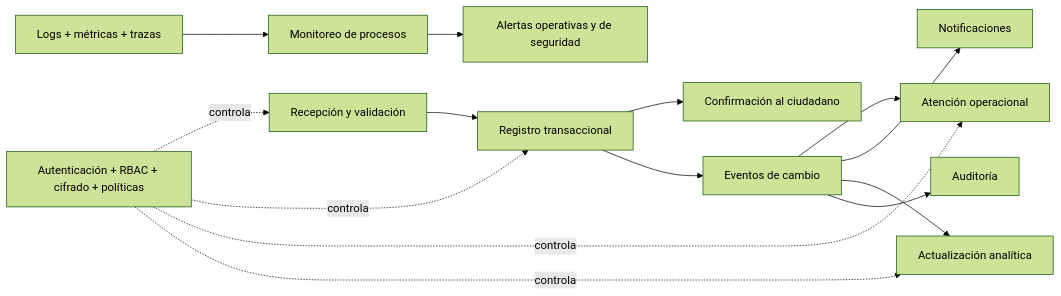
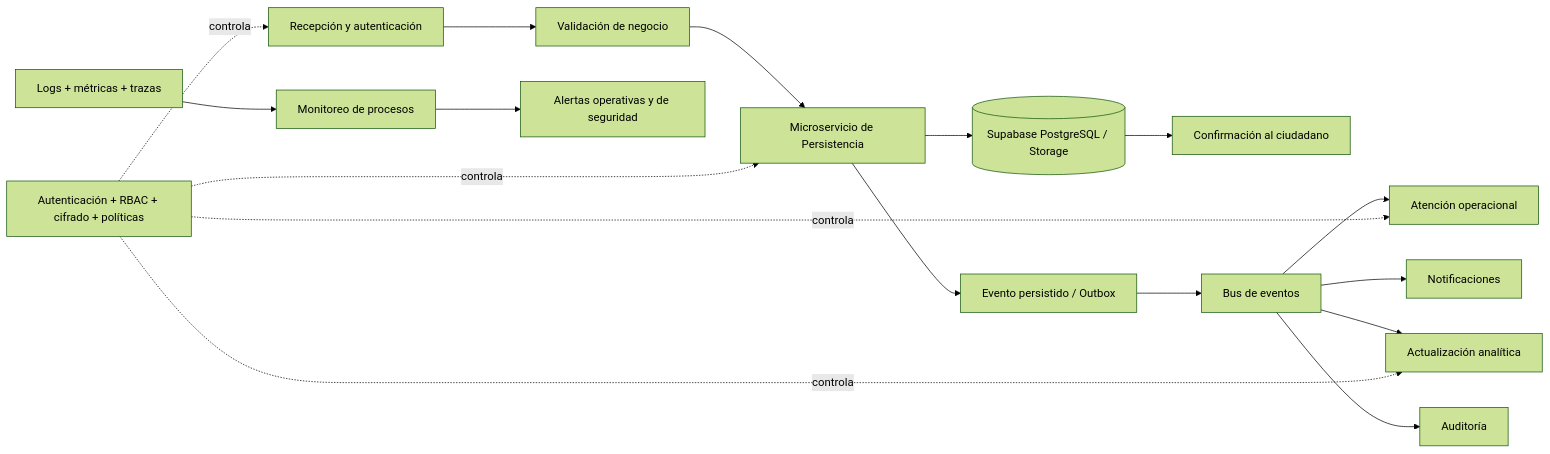
One commit to GabrielJaramilloCuberos/Arquitectura-de-Software changed the fifth of 6 diagrams in Proyecto - SERVI_RED/Entrega 1 - Documentacion/SAD_SERVI_RED.md. Above: the diagram before and after it, drawn with Mermaid (forest theme). The commit also changed other lines of this file and 12 other files, not shown here.

Commit message:
cambios en diagramas

````diff
--- a/Proyecto - SERVI_RED/Entrega 1 - Documentacion/SAD_SERVI_RED.md
+++ b/Proyecto - SERVI_RED/Entrega 1 - Documentacion/SAD_SERVI_RED.md
@@ -492,18 +516,21 @@
 ```mermaid
 flowchart LR
-    entrada[Recepción y validación] --> registro[Registro transaccional]
-    registro --> confirmacion[Confirmación al ciudadano]
-    registro --> eventos[Eventos de cambio]
+    entrada[Recepción y autenticación] --> validacion[Validación de negocio]
+    validacion --> persistencia[Microservicio de Persistencia]
+    persistencia --> supabase[(Supabase PostgreSQL / Storage)]
+    supabase --> confirmacion[Confirmación al ciudadano]
+    persistencia --> outbox[Evento persistido / Outbox]
+    outbox --> eventos[Bus de eventos]
     eventos --> atencion[Atención operacional]
     eventos --> avisos[Notificaciones]
     eventos --> analitica[Actualización analítica]
     eventos --> auditoria[Auditoría]
 
     senales[Logs + métricas + trazas] --> monitoreo[Monitoreo de procesos]
     monitoreo --> alertas[Alertas operativas y de seguridad]
 
     seguridad[Autenticación + RBAC + cifrado + políticas] -. controla .-> entrada
-    seguridad -. controla .-> registro
+    seguridad -. controla .-> persistencia
     seguridad -. controla .-> atencion
     seguridad -. controla .-> analitica
 ```
````
